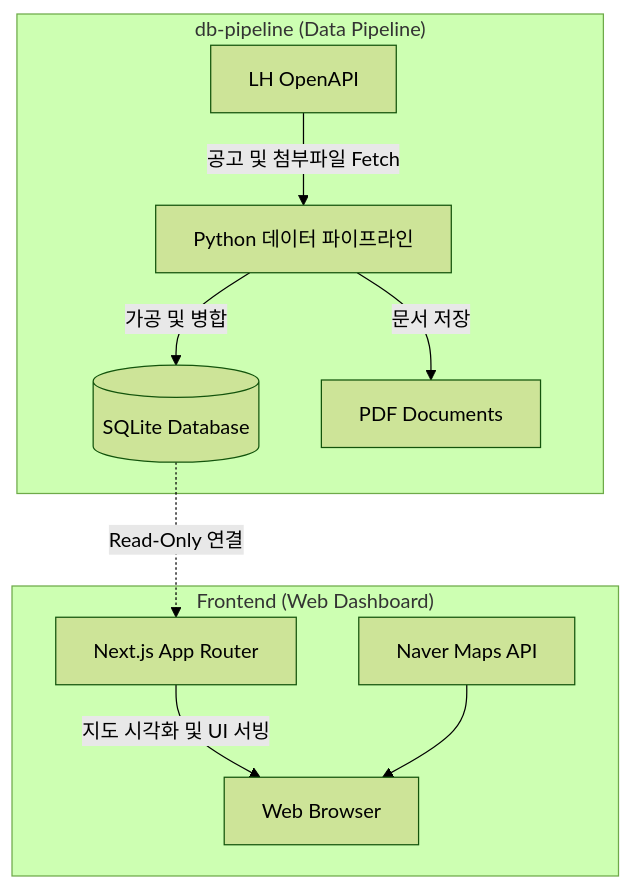
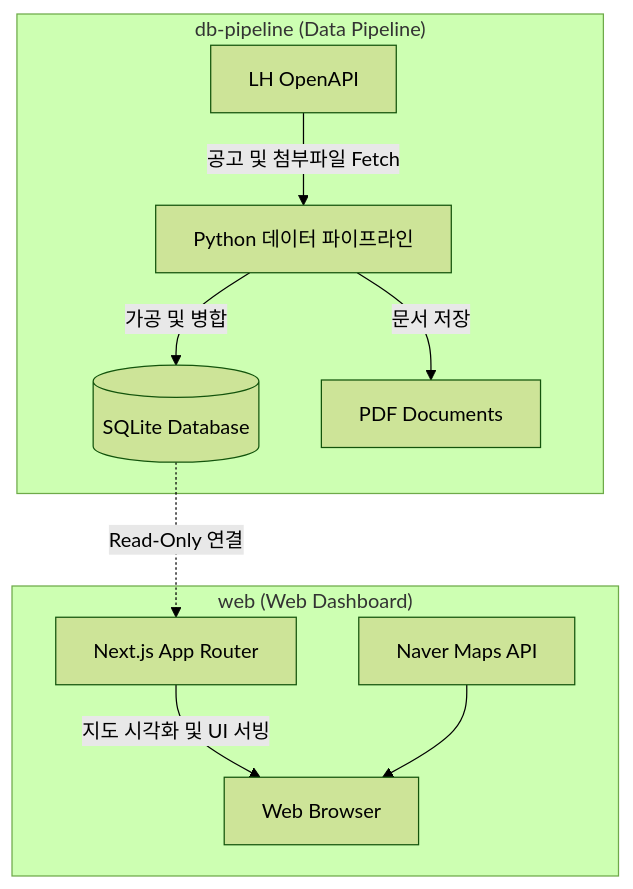
The diagram in README.md (JaeMin1130/pleasehome), drawn with Mermaid (forest theme) before and after one commit. The commit also changed other lines of this file and 3 other files, not shown here.

````diff
--- a/README.md
+++ b/README.md
@@ -67,14 +67,14 @@
 ```mermaid
 graph TD
     subgraph "db-pipeline (Data Pipeline)"
         LH_API[LH OpenAPI] --> |공고 및 첨부파일 Fetch| Python_ETL[Python 데이터 파이프라인]
         Python_ETL --> |가공 및 병합| SQLite[(SQLite Database)]
         Python_ETL --> |문서 저장| PDF_Storage[PDF Documents]
     end
 
-    subgraph "Frontend (Web Dashboard)"
+    subgraph "web (Web Dashboard)"
         SQLite -.-> |Read-Only 연결| Next_Server[Next.js App Router]
         Next_Server --> |지도 시각화 및 UI 서빙| Client[Web Browser]
         Naver_Map[Naver Maps API] --> Client
     end
 ```
````
